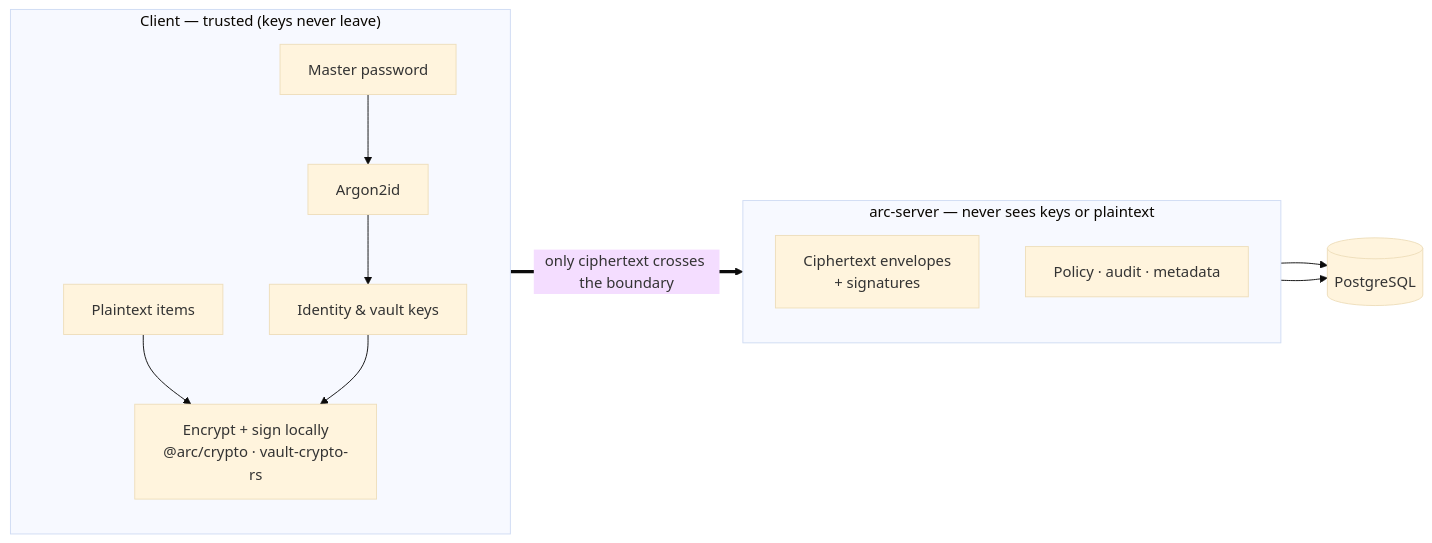
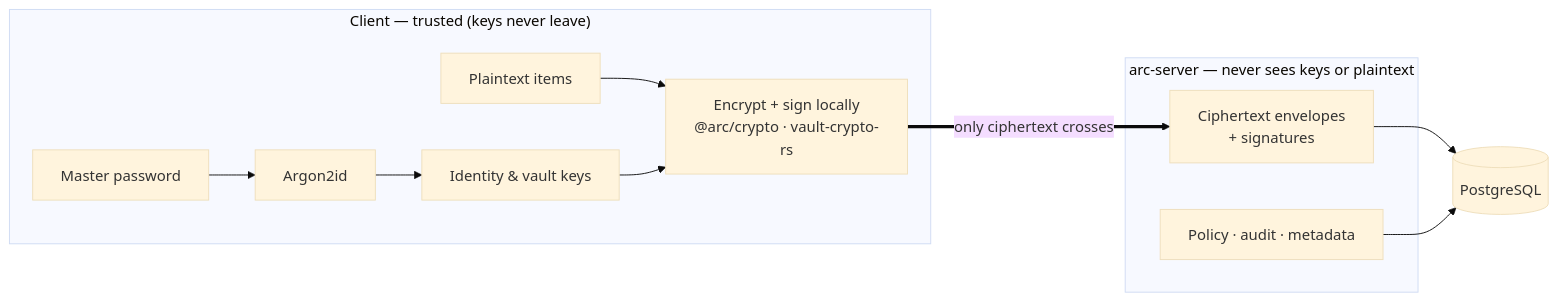
The second of 2 diagrams in README.md (ethchor/arc), drawn with Mermaid (base theme) before and after one commit. The commit also changed other lines of this file and 1 other file, not shown here.

````diff
--- a/README.md
+++ b/README.md
@@ -217,20 +202,16 @@
 ```mermaid
 flowchart LR
     subgraph C["Client — trusted (keys never leave)"]
-        direction TB
         MP["Master password"] --> KDF["Argon2id"]
-        KDF --> KEYS["Identity &amp; vault keys"]
+        KDF --> KEYS["Identity & vault keys"]
         PT["Plaintext items"] --> ENC["Encrypt + sign locally<br/>@arc/crypto · vault-crypto-rs"]
         KEYS --> ENC
     end
-
     subgraph S["arc-server — never sees keys or plaintext"]
-        direction TB
         CT["Ciphertext envelopes<br/>+ signatures"]
         MD["Policy · audit · metadata"]
     end
-
-    ENC ==>|"only ciphertext crosses the boundary"| CT
+    ENC ==>|"only ciphertext crosses"| CT
     CT --> PG[("PostgreSQL")]
     MD --> PG
 ```
````
